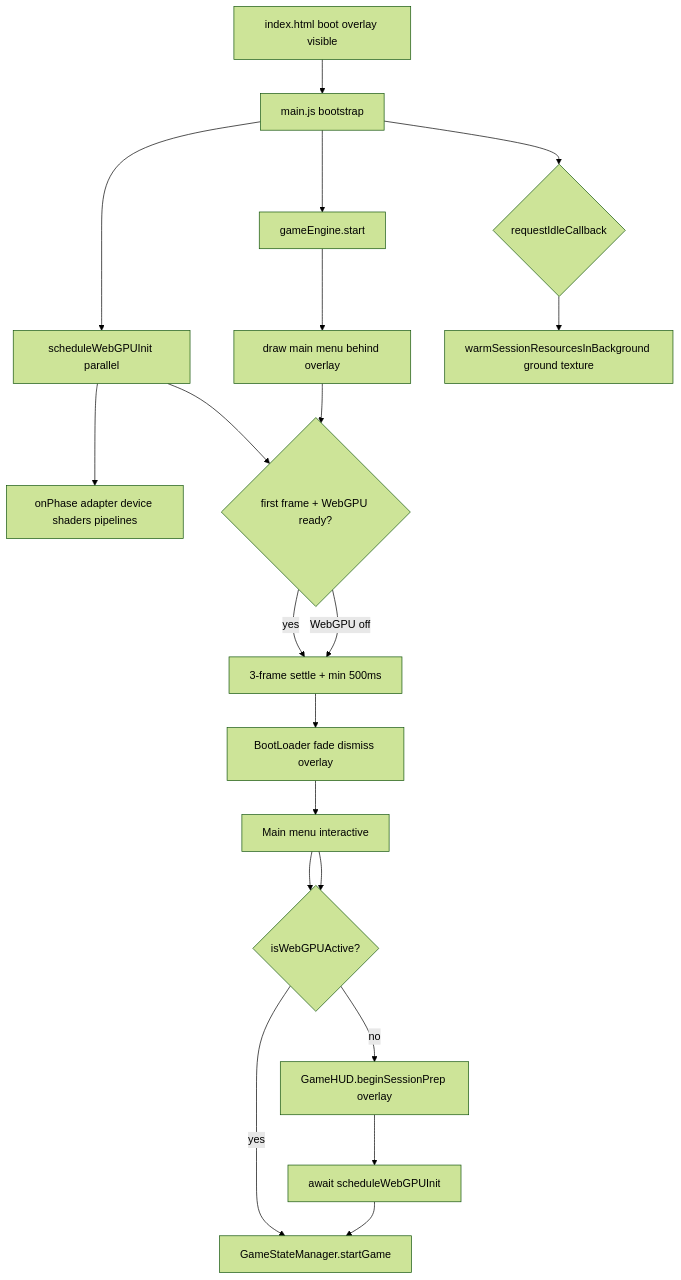
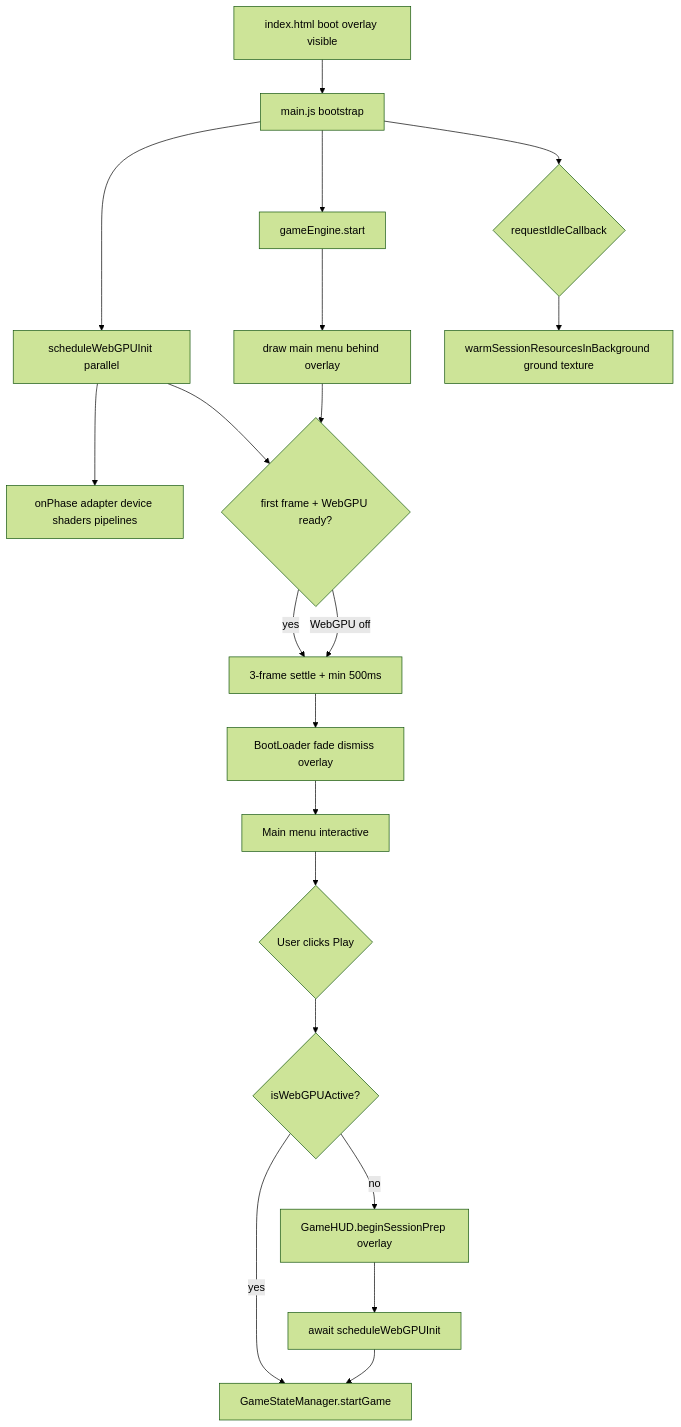
One commit to AfyKirby1/Zombobs changed the second of 5 diagrams in DOCS/ARCHITECTURE.md. Above: the diagram before and after it, drawn with Mermaid (forest theme). The commit also changed other lines of this file and 20 other files, not shown here.

````diff
--- a/DOCS/ARCHITECTURE.md
+++ b/DOCS/ARCHITECTURE.md
@@ -1914,22 +1956,22 @@
 ```mermaid
 flowchart TD
     A[index.html boot overlay visible] --> B[main.js bootstrap]
     B --> C[scheduleWebGPUInit parallel]
     B --> D[gameEngine.start]
     C --> C1[onPhase adapter device shaders pipelines]
     D --> E[draw main menu behind overlay]
     E --> F{first frame + WebGPU ready?}
     C --> F
     F -->|yes| G[3-frame settle + min 500ms]
     F -->|WebGPU off| G
     G --> H[BootLoader fade dismiss overlay]
     H --> I[Main menu interactive]
     I --> J{User clicks Play}
-    I --> J{isWebGPUActive?}
-    J -->|yes| K[GameStateManager.startGame]
-    J -->|no| L[GameHUD.beginSessionPrep overlay]
-    L --> M[await scheduleWebGPUInit]
-    M --> K
-    B --> N{requestIdleCallback}
-    N --> O[warmSessionResourcesInBackground ground texture]
+    J --> K{isWebGPUActive?}
+    K -->|yes| L[GameStateManager.startGame]
+    K -->|no| M[GameHUD.beginSessionPrep overlay]
+    M --> N[await scheduleWebGPUInit]
+    N --> L
+    B --> O{requestIdleCallback}
+    O --> P[warmSessionResourcesInBackground ground texture]
 ```
````
